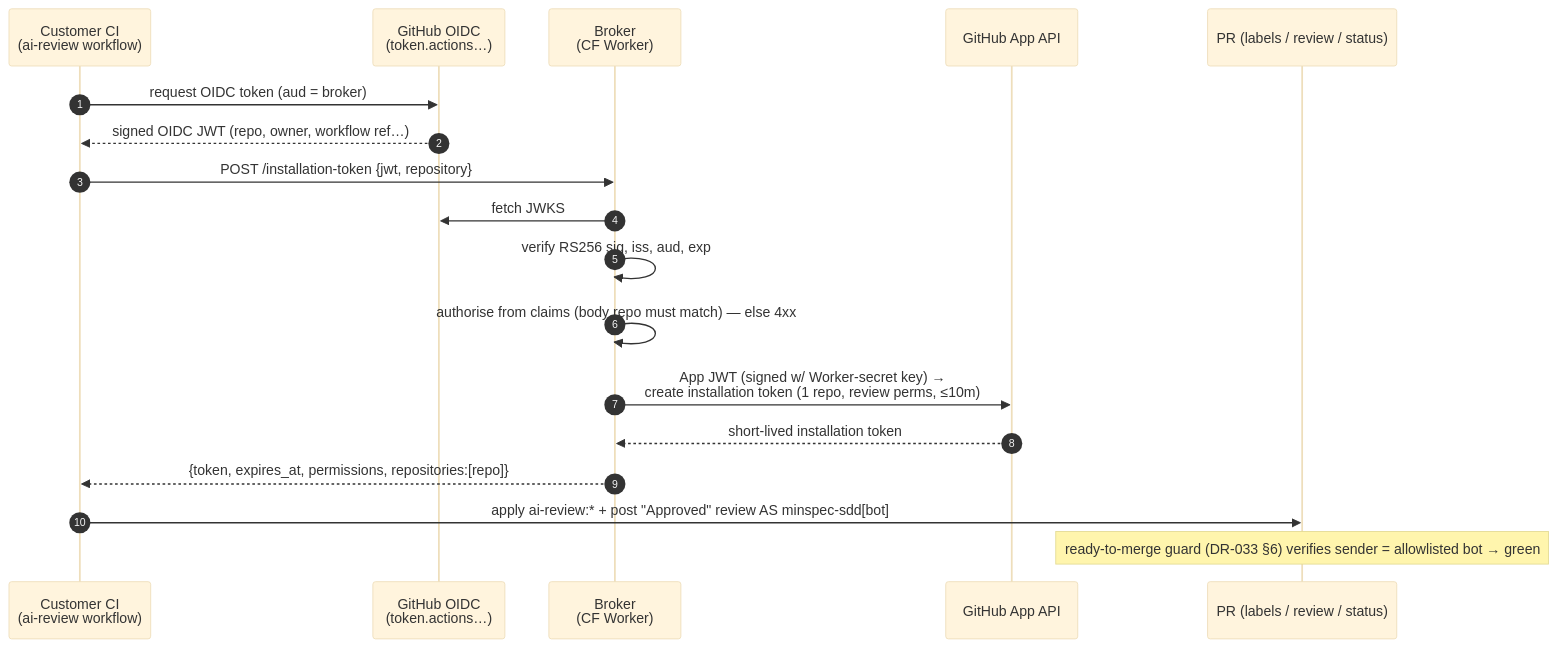
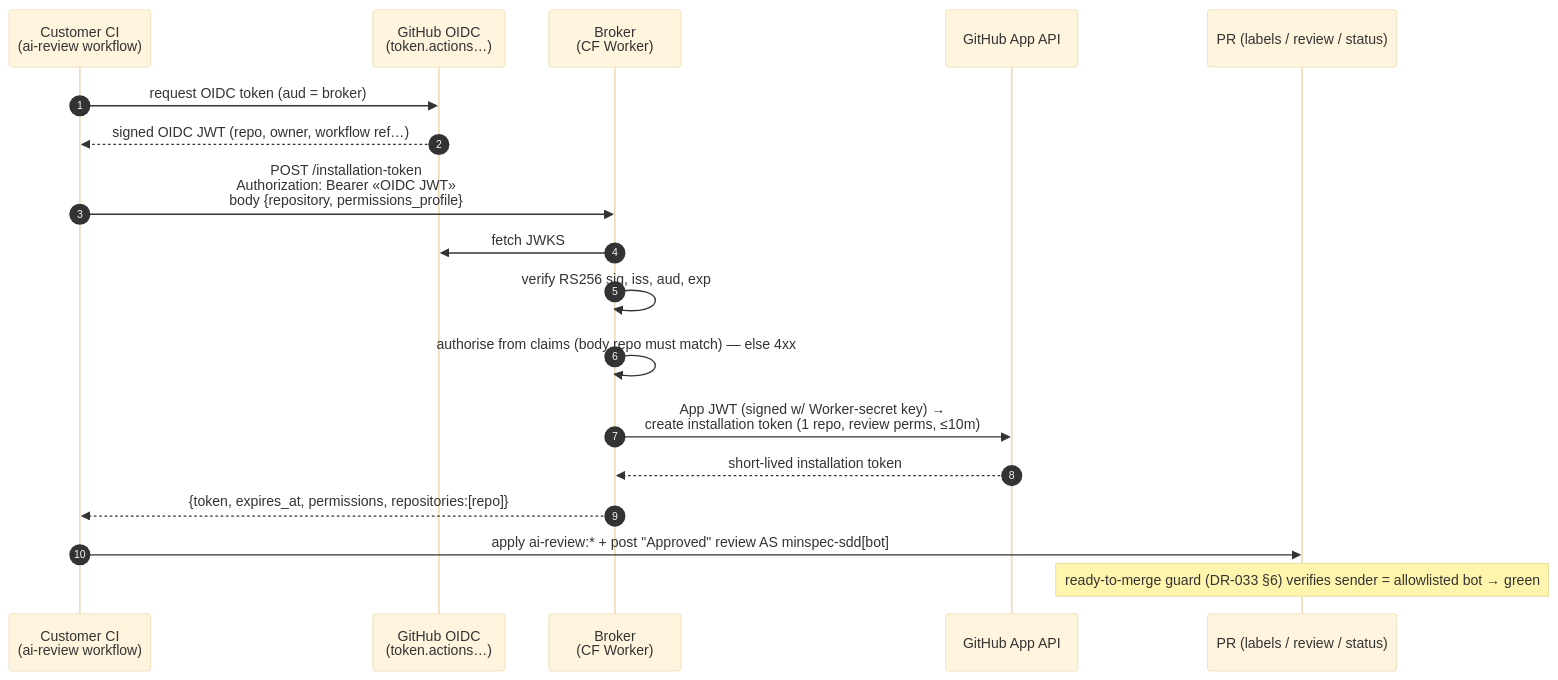
The diagram in specs/minspec/SPEC-034-oidc-review-broker/design.md (AIClarityAU/minspec), drawn with Mermaid (base theme) before and after one commit. The commit also changed other lines of this file, not shown here.

First line of the commit message:
docs(#1579): mark the API block normative and fix the mermaid that contradicted it

````diff
--- a/specs/minspec/SPEC-034-oidc-review-broker/design.md
+++ b/specs/minspec/SPEC-034-oidc-review-broker/design.md
@@ -83,21 +83,21 @@
 ```mermaid
 sequenceDiagram
     autonumber
     participant CI as Customer CI<br/>(ai-review workflow)
     participant GH as GitHub OIDC<br/>(token.actions…)
     participant BR as Broker<br/>(CF Worker)
     participant API as GitHub App API
     participant PR as PR (labels / review / status)
 
     CI->>GH: request OIDC token (aud = broker)
     GH-->>CI: signed OIDC JWT (repo, owner, workflow ref…)
-    CI->>BR: POST /installation-token {jwt, repository}
+    CI->>BR: POST /installation-token<br/>Authorization: Bearer «OIDC JWT»<br/>body {repository, permissions_profile}
     BR->>GH: fetch JWKS
     BR->>BR: verify RS256 sig, iss, aud, exp
     BR->>BR: authorise from claims (body repo must match) — else 4xx
     BR->>API: App JWT (signed w/ Worker-secret key) →<br/>create installation token (1 repo, review perms, ≤10m)
     API-->>BR: short-lived installation token
     BR-->>CI: {token, expires_at, permissions, repositories:[repo]}
     CI->>PR: apply ai-review:* + post "Approved" review AS minspec-sdd[bot]
     Note over PR: ready-to-merge guard (DR-033 §6) verifies sender = allowlisted bot → green
 ```
````
